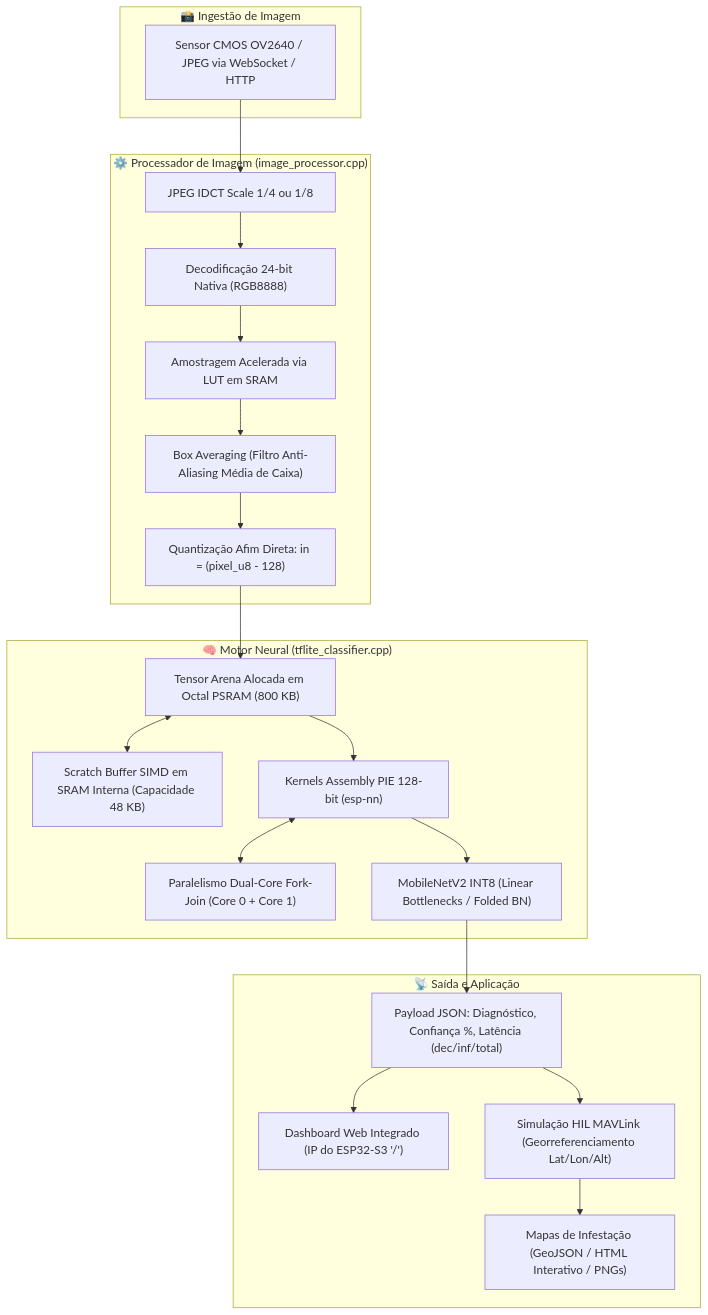
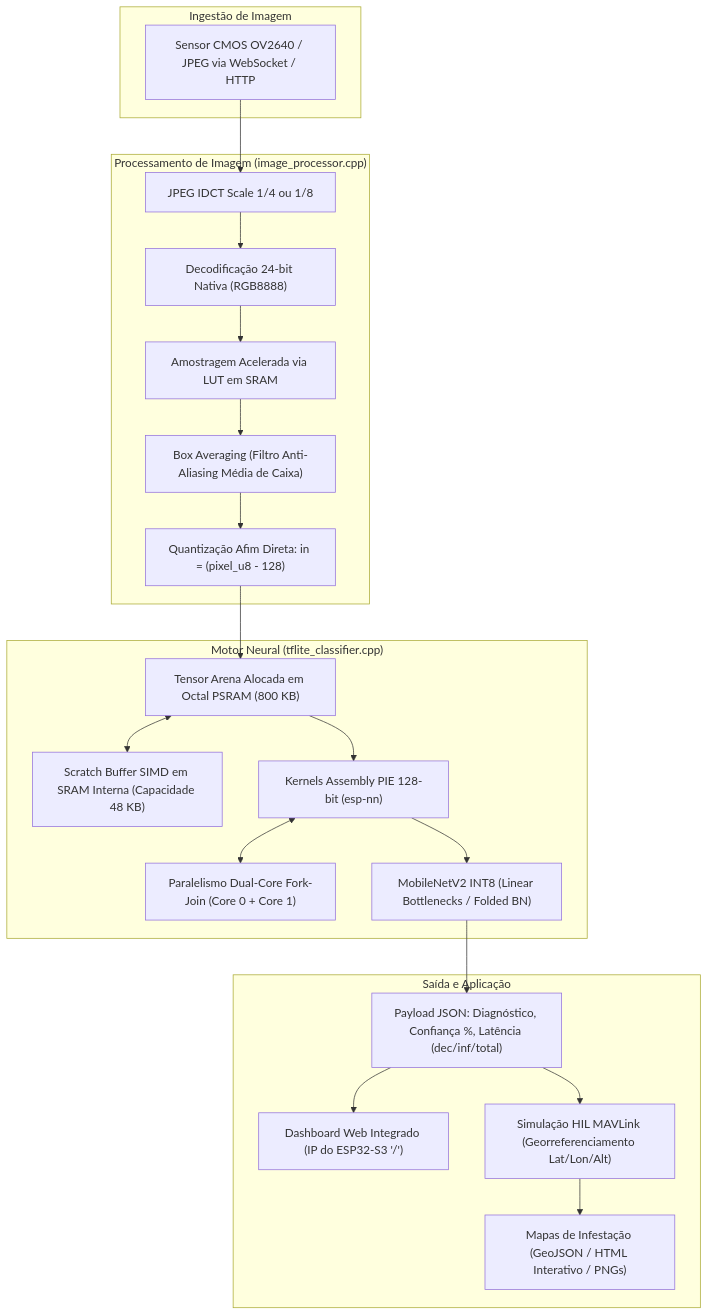
The diagram in README.md (victorgiuliano2162/sugarcane), drawn with Mermaid before and after one commit. The commit also changed other lines of this file, not shown here.

````diff
--- a/README.md
+++ b/README.md
@@ -59,39 +72,39 @@
 ```mermaid
 flowchart TD
-    subgraph Entrada ["📸 Ingestão de Imagem"]
+    subgraph Entrada ["Ingestão de Imagem"]
         RAW["Sensor CMOS OV2640 / JPEG via WebSocket / HTTP"]
     end
 
-    subgraph HardwareISP ["⚙️ Processador de Imagem (image_processor.cpp)"]
+    subgraph HardwareISP ["Processamento de Imagem (image_processor.cpp)"]
         DEC["JPEG IDCT Scale 1/4 ou 1/8"]
         CONV["Decodificação 24-bit Nativa (RGB8888)"]
         LUT["Amostragem Acelerada via LUT em SRAM"]
         BOX["Box Averaging (Filtro Anti-Aliasing Média de Caixa)"]
         INT8["Quantização Afim Direta: in = (pixel_u8 - 128)"]
     end
 
-    subgraph InferenceEngine ["🧠 Motor Neural (tflite_classifier.cpp)"]
+    subgraph InferenceEngine ["Motor Neural (tflite_classifier.cpp)"]
         ARENA["Tensor Arena Alocada em Octal PSRAM (800 KB)"]
         SCRATCH["Scratch Buffer SIMD em SRAM Interna (Capacidade 48 KB)"]
         SIMD["Kernels Assembly PIE 128-bit (esp-nn)"]
         DUAL["Paralelismo Dual-Core Fork-Join (Core 0 + Core 1)"]
         MODEL["MobileNetV2 INT8 (Linear Bottlenecks / Folded BN)"]
     end
 
-    subgraph Telemetria ["📡 Saída e Aplicação"]
+    subgraph Telemetria ["Saída e Aplicação"]
         JSON["Payload JSON: Diagnóstico, Confiança %, Latência (dec/inf/total)"]
         WEB["Dashboard Web Integrado (IP do ESP32-S3 '/')"]
         MAV["Simulação HIL MAVLink (Georreferenciamento Lat/Lon/Alt)"]
         GIS["Mapas de Infestação (GeoJSON / HTML Interativo / PNGs)"]
     end
 
     RAW --> DEC --> CONV --> LUT --> BOX --> INT8
     INT8 --> ARENA
     ARENA <--> SCRATCH
     ARENA --> SIMD
     SIMD <--> DUAL
     SIMD --> MODEL
     MODEL --> JSON
     JSON --> WEB
     JSON --> MAV --> GIS
 ```
````
